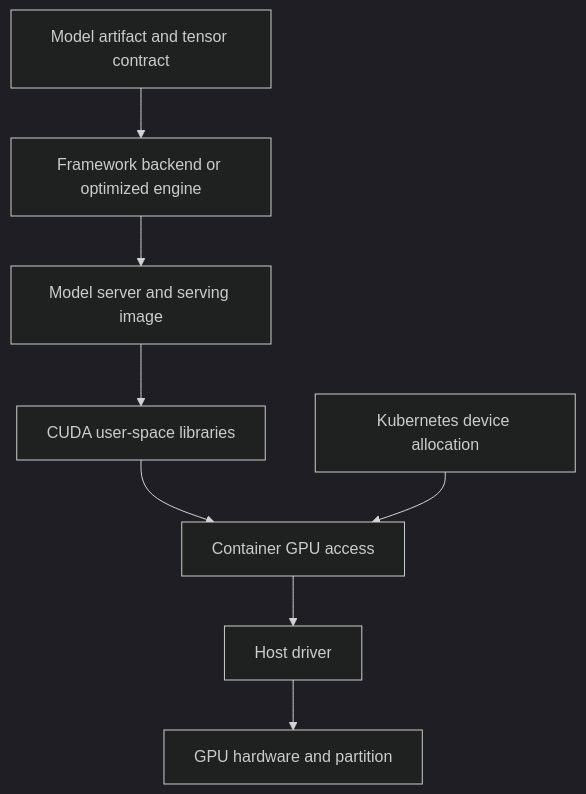
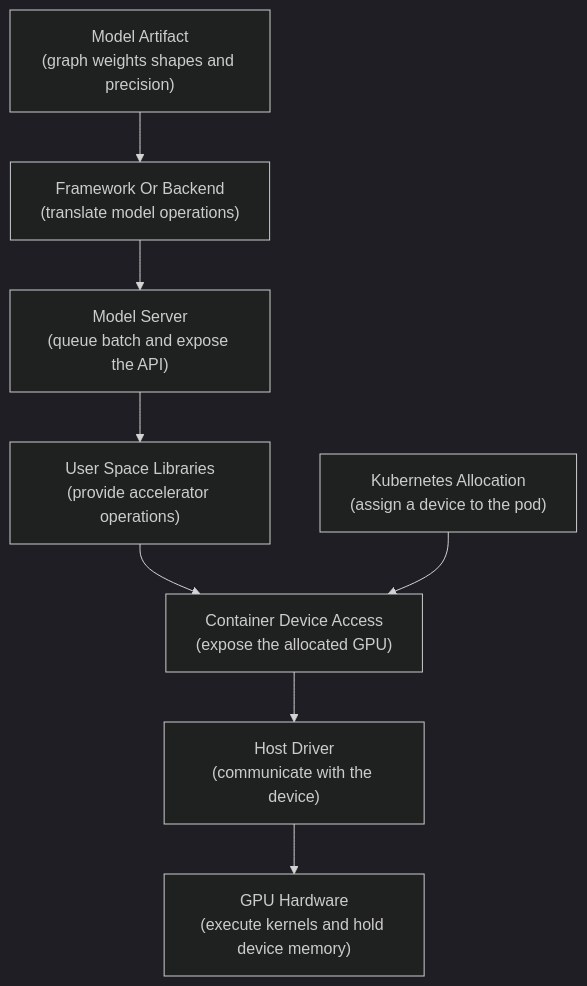
Before and after one commit to senlinyy/dev-roadmaps: the third of 8 diagrams in roadmaps/mlops/modules/model-serving/serving-performance/03-gpu-inference-basics.md, drawn with Mermaid (dark theme). The commit also changed other lines of this file and 152 other files, not shown here.

Commit message:
feat: mlops and diagrams updated

````diff
--- a/roadmaps/mlops/modules/model-serving/serving-performance/03-gpu-inference-basics.md
+++ b/roadmaps/mlops/modules/model-serving/serving-performance/03-gpu-inference-basics.md
@@ -67,10 +113,12 @@
 ```mermaid
-flowchart TB
-    A[Model artifact and tensor contract] --> B[Framework backend or optimized engine]
-    B --> C[Model server and serving image]
-    C --> D[CUDA user-space libraries]
-    D --> E[Container GPU access]
-    E --> F[Host driver]
-    F --> G[GPU hardware and partition]
-    H[Kubernetes device allocation] --> E
+flowchart TD
+    A["Model Artifact<br/>(graph weights shapes and precision)"] --> B["Framework Or Backend<br/>(translate model operations)"]
+    B --> C["Model Server<br/>(queue batch and expose the API)"]
+    C --> D["User Space Libraries<br/>(provide accelerator operations)"]
+    D --> E["Container Device Access<br/>(expose the allocated GPU)"]
+    E --> F["Host Driver<br/>(communicate with the device)"]
+    F --> G["GPU Hardware<br/>(execute kernels and hold device memory)"]
+    H["Kubernetes Allocation<br/>(assign a device to the pod)"] --> E
+
+    class A artifact; class B,C,D software; class E,H access; class F,G hardware
 ```
````
